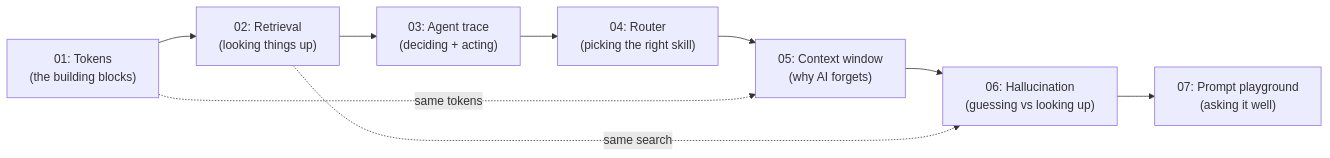
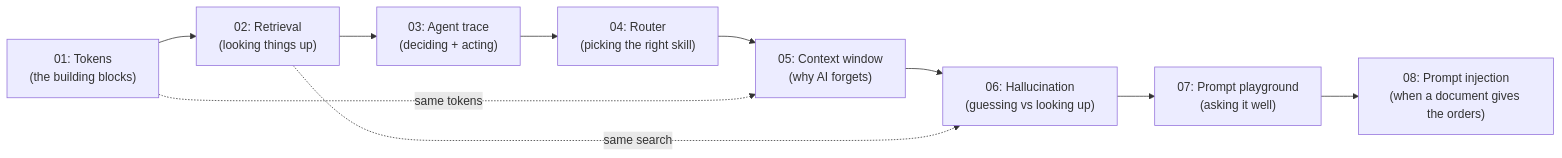
Before and after one commit to khadir-syed/k-ai-basics: the diagram in README.md, drawn with Mermaid. The commit also changed other lines of this file and 8 other files, not shown here.

First line of the commit message:
Add Demo 8: Prompt Injection Demo

````diff
--- a/README.md
+++ b/README.md
@@ -71,11 +74,12 @@
 ```mermaid
 flowchart LR
     A["01: Tokens\n(the building blocks)"] --> B["02: Retrieval\n(looking things up)"]
     B --> C["03: Agent trace\n(deciding + acting)"]
     C --> D["04: Router\n(picking the right skill)"]
     D --> E["05: Context window\n(why AI forgets)"]
     A -.->|"same tokens"| E
     E --> F["06: Hallucination\n(guessing vs looking up)"]
     B -.->|"same search"| F
     F --> G["07: Prompt playground\n(asking it well)"]
+    G --> H["08: Prompt injection\n(when a document gives the orders)"]
 ```
````
